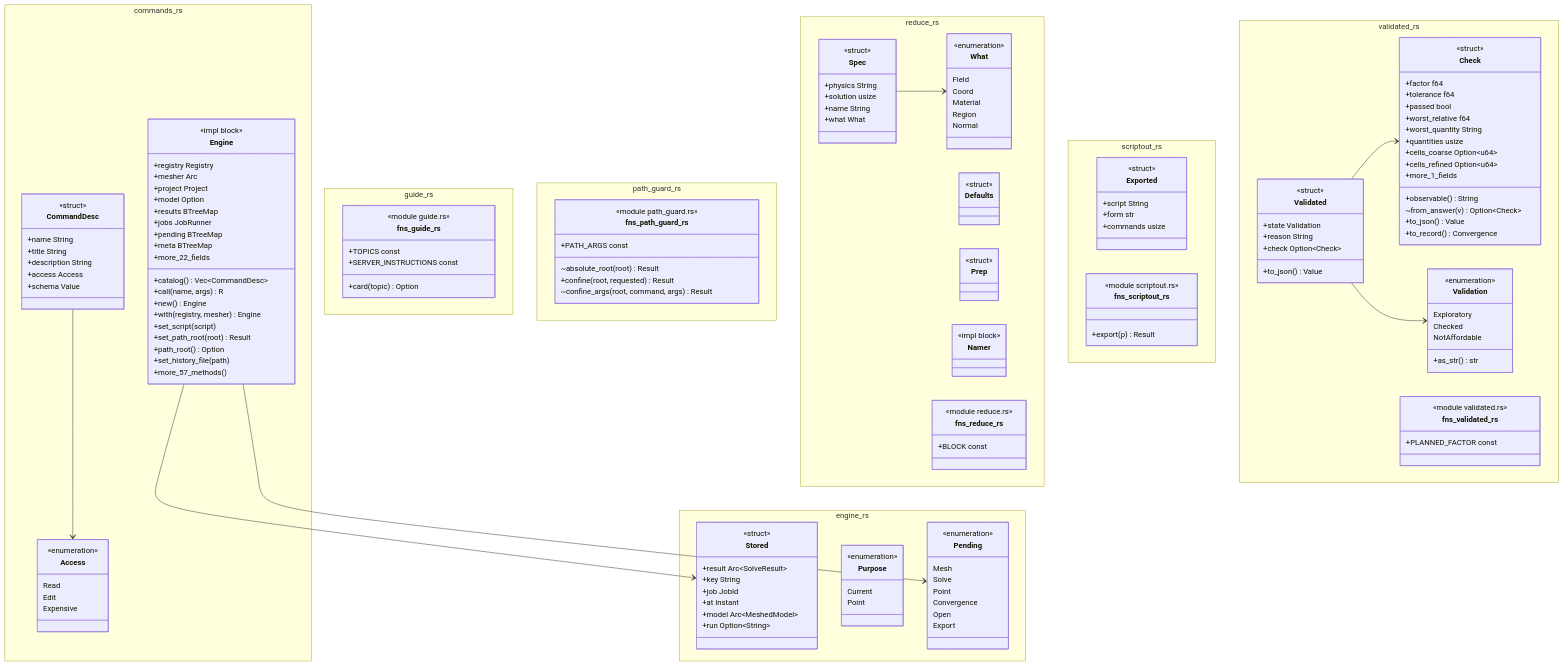
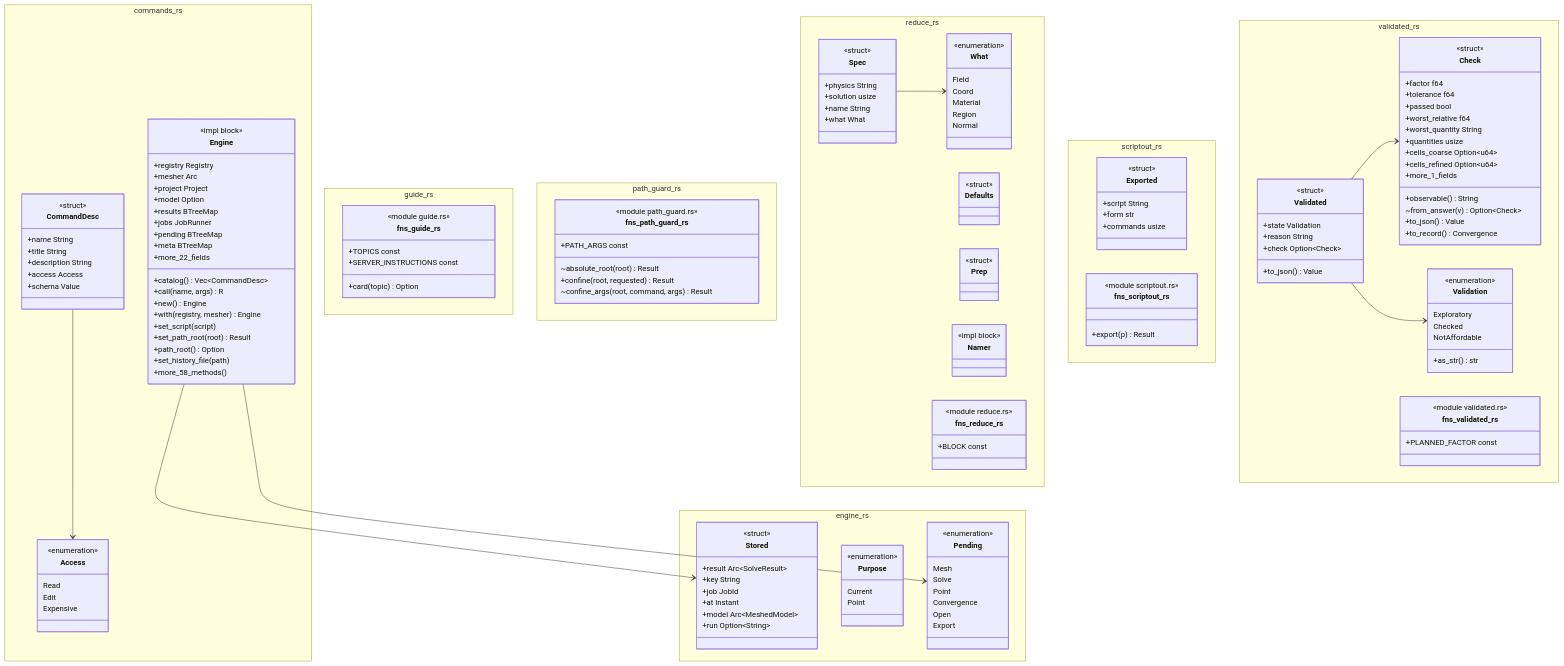
The diagram in docs/architecture/c4/4-code/engine/commands.md (p-j-r/nyx), drawn with Mermaid before and after one commit. The commit also changed other lines of this file and 48 other files, not shown here.

```diff
--- a/docs/architecture/c4/4-code/engine/commands.md
+++ b/docs/architecture/c4/4-code/engine/commands.md
@@ -96,7 +96,7 @@
         +set_path_root(root) Result
         +path_root() Option
         +set_history_file(path)
-        +more_57_methods()
+        +more_58_methods()
     }
   }
   namespace engine_rs {
```
